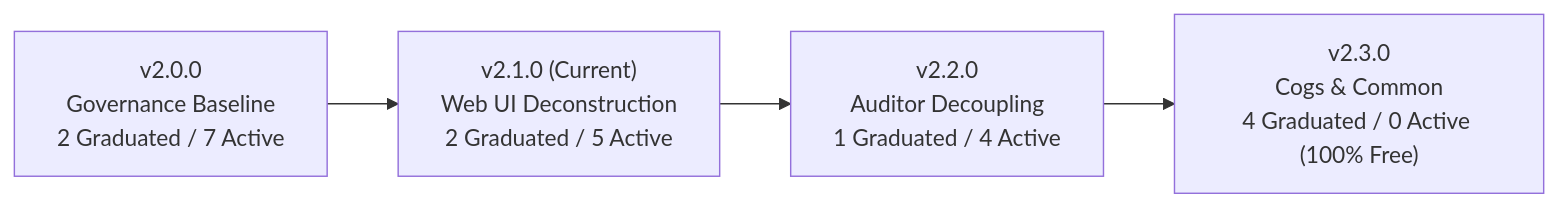
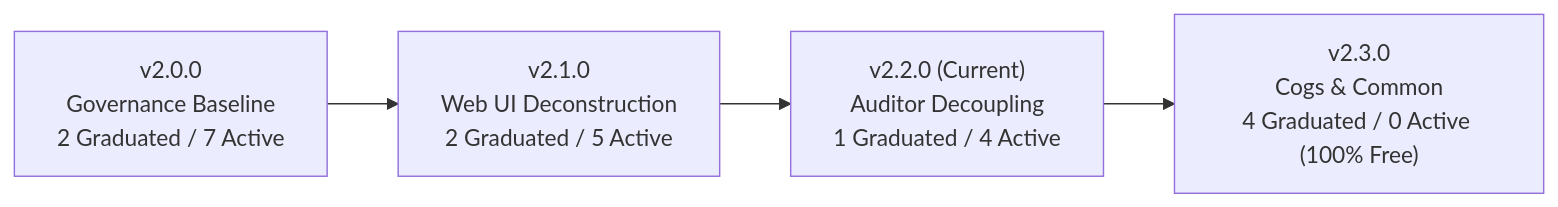
The diagram in ROADMAP.md (artibyrd/powercord), drawn with Mermaid before and after one commit. The commit also changed other lines of this file and 27 other files, not shown here.

````diff
--- a/ROADMAP.md
+++ b/ROADMAP.md
@@ -18,6 +18,6 @@
 ```mermaid
 graph LR
-    M20["v2.0.0<br/>Governance Baseline<br/>2 Graduated / 7 Active"] --> M21["v2.1.0 (Current)<br/>Web UI Deconstruction<br/>2 Graduated / 5 Active"]
-    M21 --> M22["v2.2.0<br/>Auditor Decoupling<br/>1 Graduated / 4 Active"]
+    M20["v2.0.0<br/>Governance Baseline<br/>2 Graduated / 7 Active"] --> M21["v2.1.0<br/>Web UI Deconstruction<br/>2 Graduated / 5 Active"]
+    M21 --> M22["v2.2.0 (Current)<br/>Auditor Decoupling<br/>1 Graduated / 4 Active"]
     M22 --> M23["v2.3.0<br/>Cogs & Common<br/>4 Graduated / 0 Active (100% Free)"]
 ```
````
